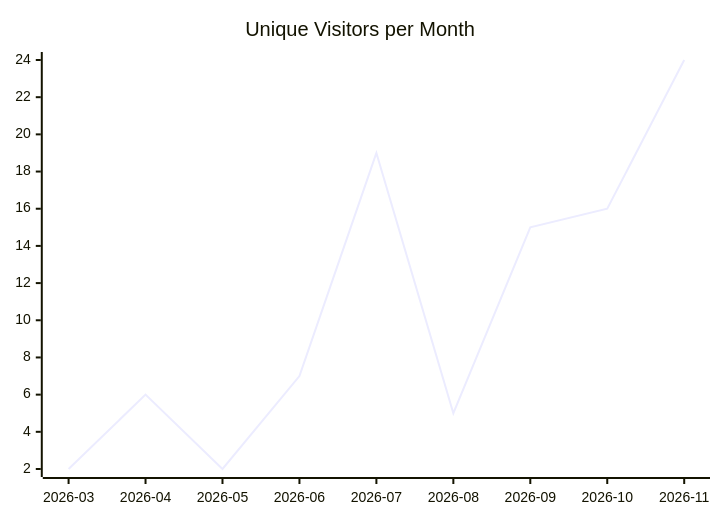
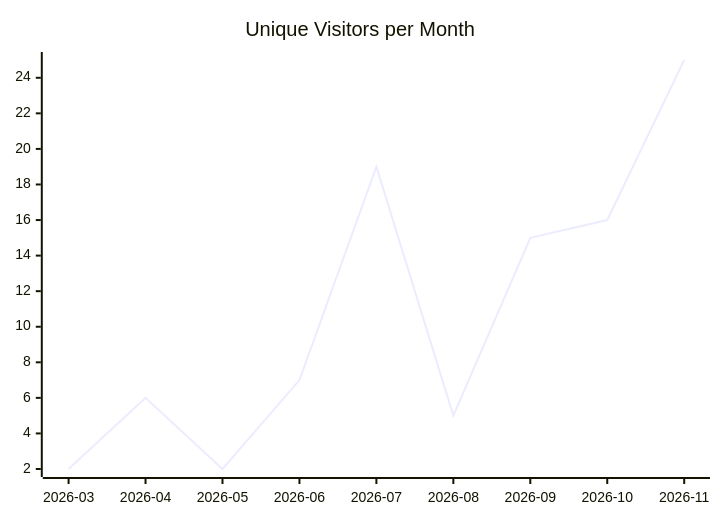
The first of 3 diagrams in karlmdavis/fhir-benchmarks/README.md (justdavis-family/github-analytics-data), drawn with Mermaid before and after one commit. The commit also changed other lines of this file and 199 other files, not shown here.

````diff
--- a/karlmdavis/fhir-benchmarks/README.md
+++ b/karlmdavis/fhir-benchmarks/README.md
@@ -5,6 +5,6 @@
 ```mermaid
 xychart-beta
   title "Unique Visitors per Month"
   x-axis ["2026-03", "2026-04", "2026-05", "2026-06", "2026-07", "2026-08", "2026-09", "2026-10", "2026-11"]
-  line [2, 6, 2, 7, 19, 5, 15, 16, 24]
+  line [2, 6, 2, 7, 19, 5, 15, 16, 25]
 ```
````
